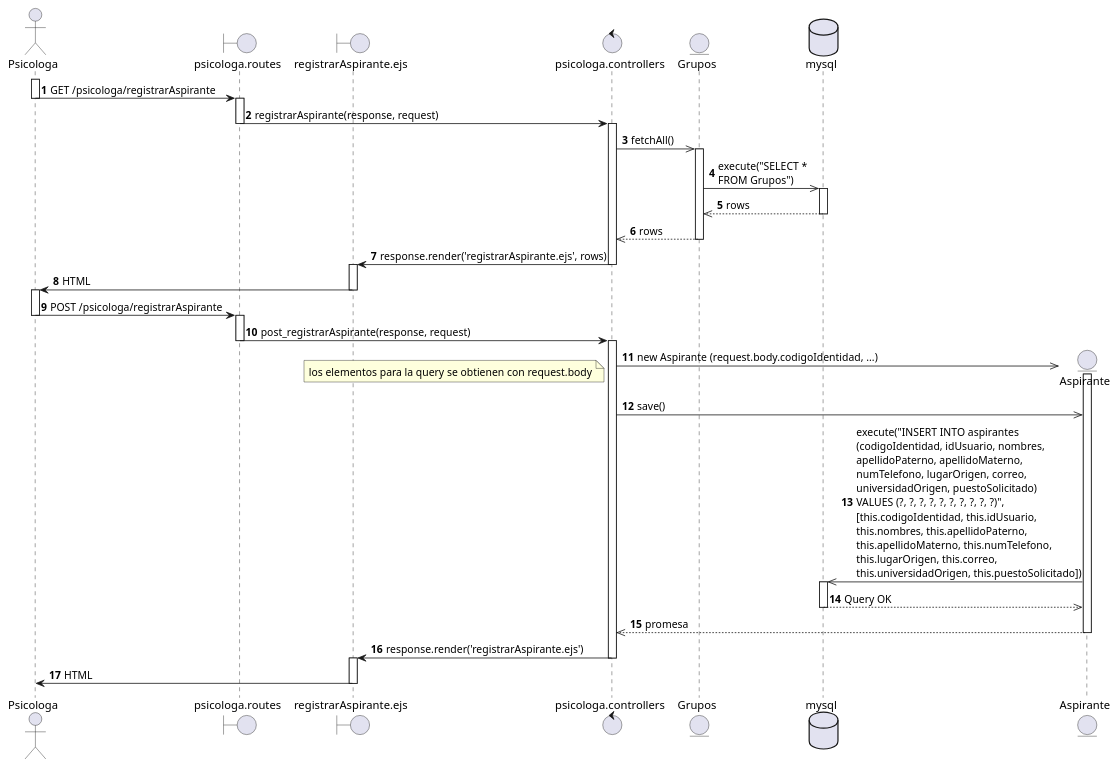
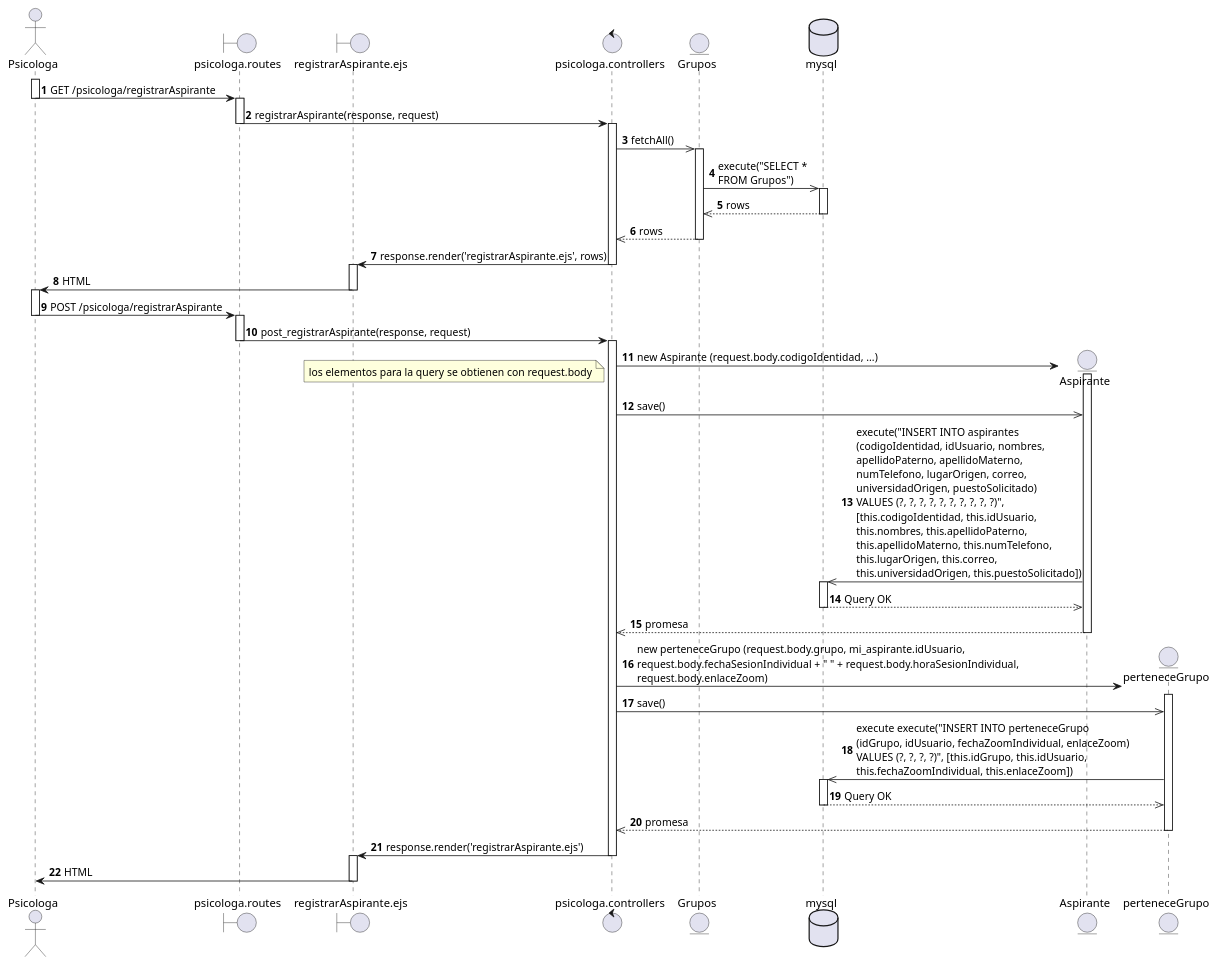
Before and after one commit to nicoleum17/TestInsightDX: the diagram in uml/secuencia/registrarAspirante15.puml, drawn with PlantUML. The commit also changed 1 other file, not shown here.

Commit message:
fix(docs): update registrarAspirante

```diff
--- a/uml/secuencia/registrarAspirante15.puml
+++ b/uml/secuencia/registrarAspirante15.puml
@@ -1,64 +1,75 @@
 @startuml   registrarAspirante 15
 actor       Psicologa                   as a1
 boundary    psicologa.routes            as a2
 boundary    registrarAspirante.ejs  as a3
 control     psicologa.controllers       as a4
 entity      Grupos                      as g
 database    mysql                       as a6
 
 
 autonumber
 activate a1
 a1->a2: GET /psicologa/registrarAspirante
 deactivate a1
 activate a2
 a2->a4: registrarAspirante(response, request)
 deactivate a2
 activate a4
 a4->>g: fetchAll()
 activate g
 g->>a6: execute("SELECT * \nFROM Grupos")
 activate a6
 a6-->>g: rows
 deactivate a6
 g-->>a4: rows
 deactivate g
 
 
 a4->a3: response.render('registrarAspirante.ejs', rows)
 deactivate a4
 activate a3
 a3->a1: HTML
 deactivate a3
 activate a1
 
 
 a1->a2: POST /psicologa/registrarAspirante
 deactivate a1
 activate a2
 a2->a4: post_registrarAspirante(response, request)
 deactivate a2
 activate a4
 
 
 create entity Aspirante              as a5
-a4->>a5: new Aspirante (request.body.codigoIdentidad, ...)
+a4->a5: new Aspirante (request.body.codigoIdentidad, ...)
 note left: los elementos para la query se obtienen con request.body
 activate a5
 a4->>a5: save()
 a5->>a6: execute("INSERT INTO aspirantes \n(codigoIdentidad, idUsuario, nombres, \napellidoPaterno, apellidoMaterno, \nnumTelefono, lugarOrigen, correo, \nuniversidadOrigen, puestoSolicitado) \nVALUES (?, ?, ?, ?, ?, ?, ?, ?, ?, ?)", \n[this.codigoIdentidad, this.idUsuario, \nthis.nombres, this.apellidoPaterno, \nthis.apellidoMaterno, this.numTelefono, \nthis.lugarOrigen, this.correo, \nthis.universidadOrigen, this.puestoSolicitado])
-activate a6
+activate a6 
 a6-->>a5: Query OK
 deactivate a6
 a5-->>a4: promesa
 deactivate a5
+
+create entity perteneceGrupo         as pg 
+a4->pg: new perteneceGrupo (request.body.grupo, mi_aspirante.idUsuario, \nrequest.body.fechaSesionIndividual + " " + request.body.horaSesionIndividual, \nrequest.body.enlaceZoom)
+activate pg
+a4->>pg: save()
+pg->>a6: execute execute("INSERT INTO perteneceGrupo \n(idGrupo, idUsuario, fechaZoomIndividual, enlaceZoom) \nVALUES (?, ?, ?, ?)", [this.idGrupo, this.idUsuario, \nthis.fechaZoomIndividual, this.enlaceZoom])
+activate a6
+a6-->>pg: Query OK
+deactivate a6
+pg-->>a4: promesa
+deactivate pg
 
 
 a4->a3: response.render('registrarAspirante.ejs')
 deactivate a4
 activate a3
 a3->a1: HTML
 deactivate a3
 
 
 @enduml
```
